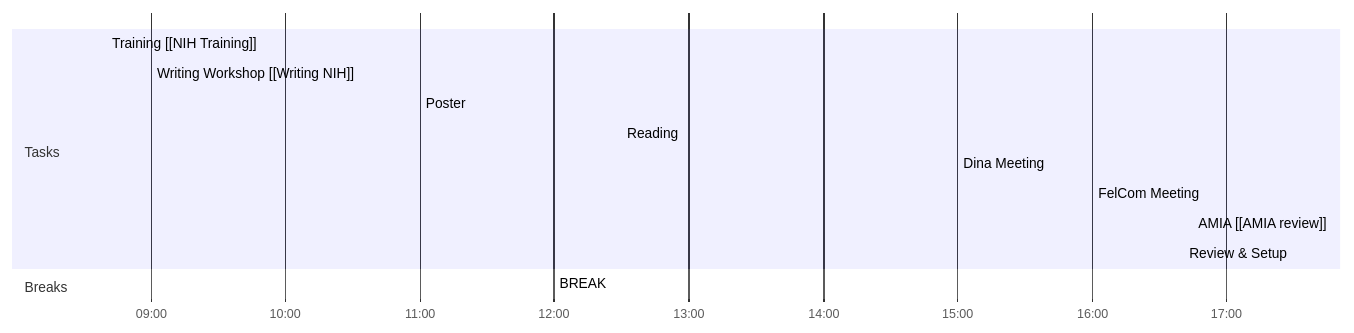
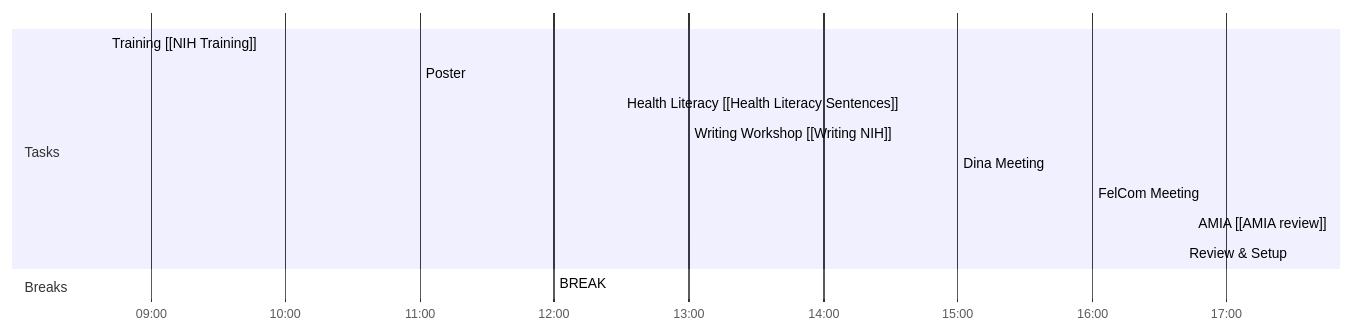
Before and after one commit to tanoManzo/notes: the diagram in Day Planners/Day Planner-20230803.md, drawn with Mermaid. The commit also changed other lines of this file, not shown here.

Commit message:
vault backup: 2023-08-03 08:56:37

````diff
--- a/Day Planners/Day Planner-20230803.md
+++ b/Day Planners/Day Planner-20230803.md
@@ -27,17 +28,17 @@
 ```mermaid
 gantt
     dateFormat  HH-mm
     axisFormat %H:%M
-    %% Current Time: 8:51:36 AM
+    %% Current Time: 8:56:36 AM
     section Tasks
-    Training [[NIH Training]]     :08-40, 20mm
-    Writing Workshop [[Writing NIH]]     :09-00, 120mm
+    Training [[NIH Training]]     :08-40, 140mm
     Poster     :11-00, 60mm
-    Reading     :12-30, 150mm
+    Health Literacy [[Health Literacy Sentences]]     :12-30, 30mm
+    Writing Workshop [[Writing NIH]]     :13-00, 120mm
     Dina Meeting     :15-00, 60mm
     FelCom Meeting     :16-00, 45mm
     AMIA [[AMIA review]]     :16-45, 45mm
     Review & Setup     :17-30, 0mm
     section Breaks
     BREAK     :12-00, 30mm
 ```
````
